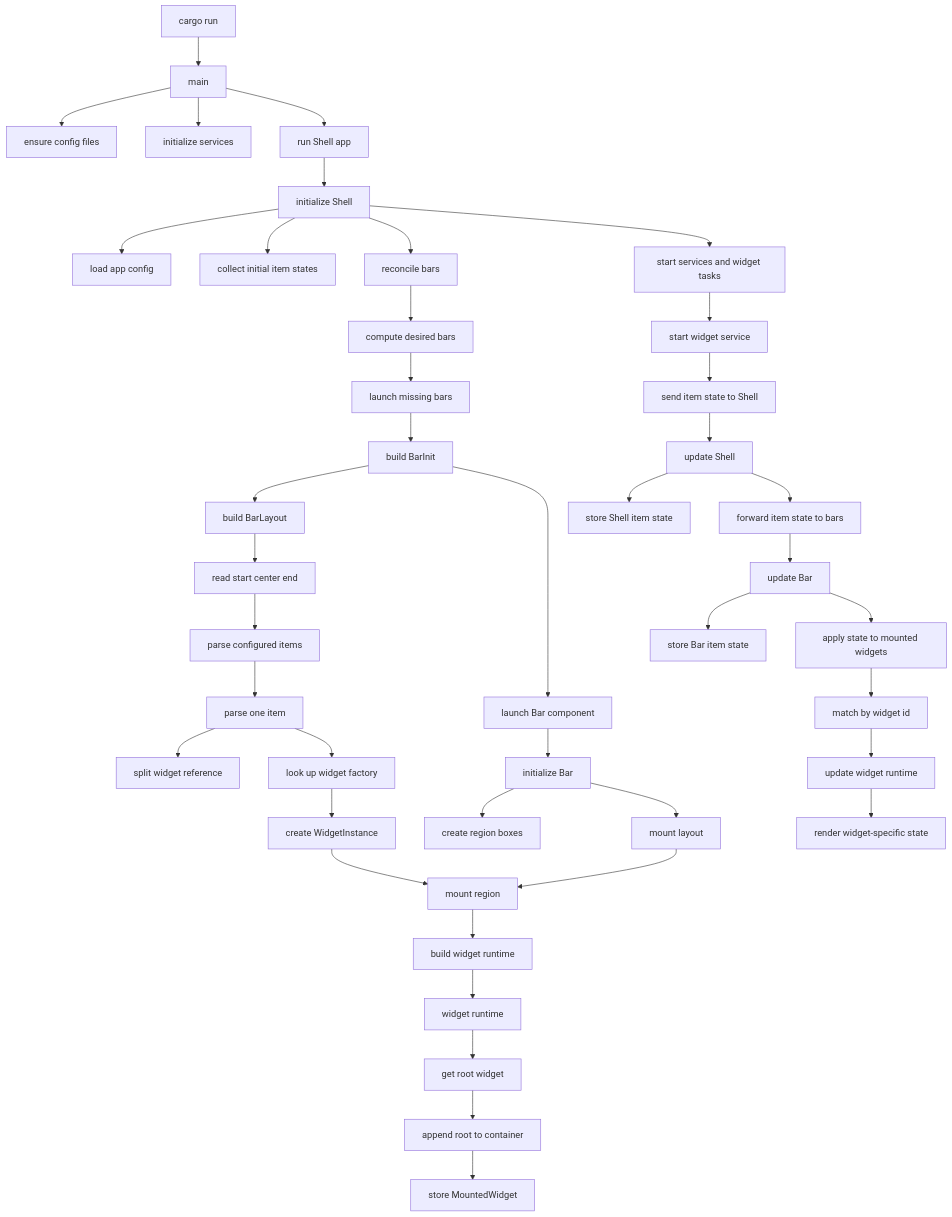
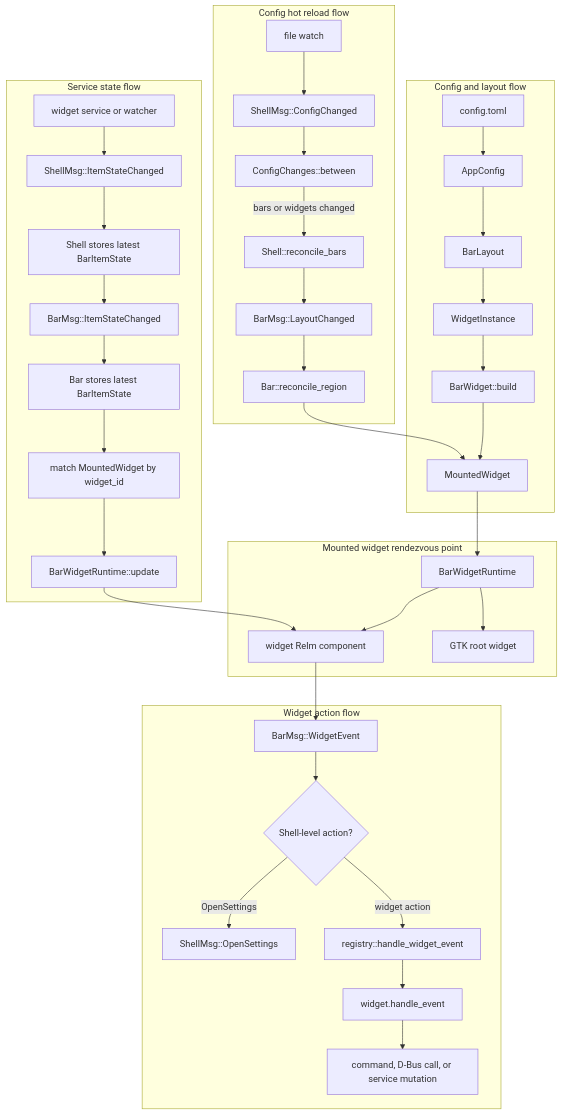
Before and after one commit to samling/wayward-rs: the second of 2 diagrams in docs/bar-widget-lifecycle.md, drawn with Mermaid. The commit also changed other lines of this file, not shown here.

````diff
--- a/docs/bar-widget-lifecycle.md
+++ b/docs/bar-widget-lifecycle.md
@@ -5,50 +59,44 @@
 ```mermaid
 flowchart TD
-    run["cargo run"] --> main["main"]
-    main --> config_files["ensure config files"]
-    main --> services["initialize services"]
-    main --> app["run Shell app"]
+    subgraph ConfigFlow["Config and layout flow"]
+        config_file["config.toml"] --> app_config["AppConfig"]
+        app_config --> bar_layout["BarLayout"]
+        bar_layout --> widget_instance["WidgetInstance"]
+        widget_instance --> widget_build["BarWidget::build"]
+        widget_build --> mounted_widget["MountedWidget"]
+    end
 
-    app --> shell_init["initialize Shell"]
-    shell_init --> load_config["load app config"]
-    shell_init --> initial_states["collect initial item states"]
-    shell_init --> reconcile["reconcile bars"]
+    subgraph Mounted["Mounted widget rendezvous point"]
+        mounted_widget --> runtime["BarWidgetRuntime"]
+        runtime --> relm_component["widget Relm component"]
+        runtime --> gtk_root["GTK root widget"]
+    end
 
-    reconcile --> desired["compute desired bars"]
-    desired --> launch["launch missing bars"]
-    launch --> bar_init["build BarInit"]
+    subgraph StateFlow["Service state flow"]
+        service_watch["widget service or watcher"] --> shell_state["ShellMsg::ItemStateChanged"]
+        shell_state --> shell_store["Shell stores latest BarItemState"]
+        shell_store --> bar_state["BarMsg::ItemStateChanged"]
+        bar_state --> bar_store["Bar stores latest BarItemState"]
+        bar_store --> match_widget["match MountedWidget by widget_id"]
+        match_widget --> runtime_update["BarWidgetRuntime::update"]
+        runtime_update --> relm_component
+    end
 
-    bar_init --> layout["build BarLayout"]
-    layout --> regions["read start center end"]
-    regions --> parse_items["parse configured items"]
-    parse_items --> parse_item["parse one item"]
-    parse_item --> split_ref["split widget reference"]
-    parse_item --> registry["look up widget factory"]
-    registry --> widget_instance["create WidgetInstance"]
+    subgraph ActionFlow["Widget action flow"]
+        relm_component --> widget_event["BarMsg::WidgetEvent"]
+        widget_event --> shell_action{"Shell-level action?"}
+        shell_action -->|OpenSettings| shell_output["ShellMsg::OpenSettings"]
+        shell_action -->|widget action| registry_dispatch["registry::handle_widget_event"]
+        registry_dispatch --> widget_service["widget.handle_event"]
+        widget_service --> command_or_service["command, D-Bus call, or service mutation"]
+    end
 
-    bar_init --> bar_launch["launch Bar component"]
-    bar_launch --> bar_init_fn["initialize Bar"]
-    bar_init_fn --> bar_view["create region boxes"]
-    bar_init_fn --> mount_layout["mount layout"]
-
-    widget_instance --> mount_region
-    mount_layout --> mount_region["mount region"]
-    mount_region --> build["build widget runtime"]
-    build --> runtime["widget runtime"]
-    runtime --> root["get root widget"]
-    root --> append["append root to container"]
-    append --> mounted["store MountedWidget"]
-
-    shell_init --> start_all["start services and widget tasks"]
-    start_all --> widget_start["start widget service"]
-    widget_start --> shell_msg["send item state to Shell"]
-    shell_msg --> shell_update["update Shell"]
-    shell_update --> shell_store["store Shell item state"]
-    shell_update --> fanout["forward item state to bars"]
-    fanout --> bar_update["update Bar"]
-    bar_update --> bar_store["store Bar item state"]
-    bar_update --> apply_state["apply state to mounted widgets"]
-    apply_state --> match_id["match by widget id"]
-    match_id --> runtime_update["update widget runtime"]
-    runtime_update --> widget_render["render widget-specific state"]
+    subgraph HotReloadFlow["Config hot reload flow"]
+        file_watch["file watch"] --> config_changed["ShellMsg::ConfigChanged"]
+        config_changed --> diff["ConfigChanges::between"]
+        diff -->|bars or widgets changed| reconcile["Shell::reconcile_bars"]
+        reconcile --> layout_changed["BarMsg::LayoutChanged"]
+        layout_changed --> preserve_or_replace["Bar::reconcile_region"]
+        preserve_or_replace --> mounted_widget
+    end
 ```
````
